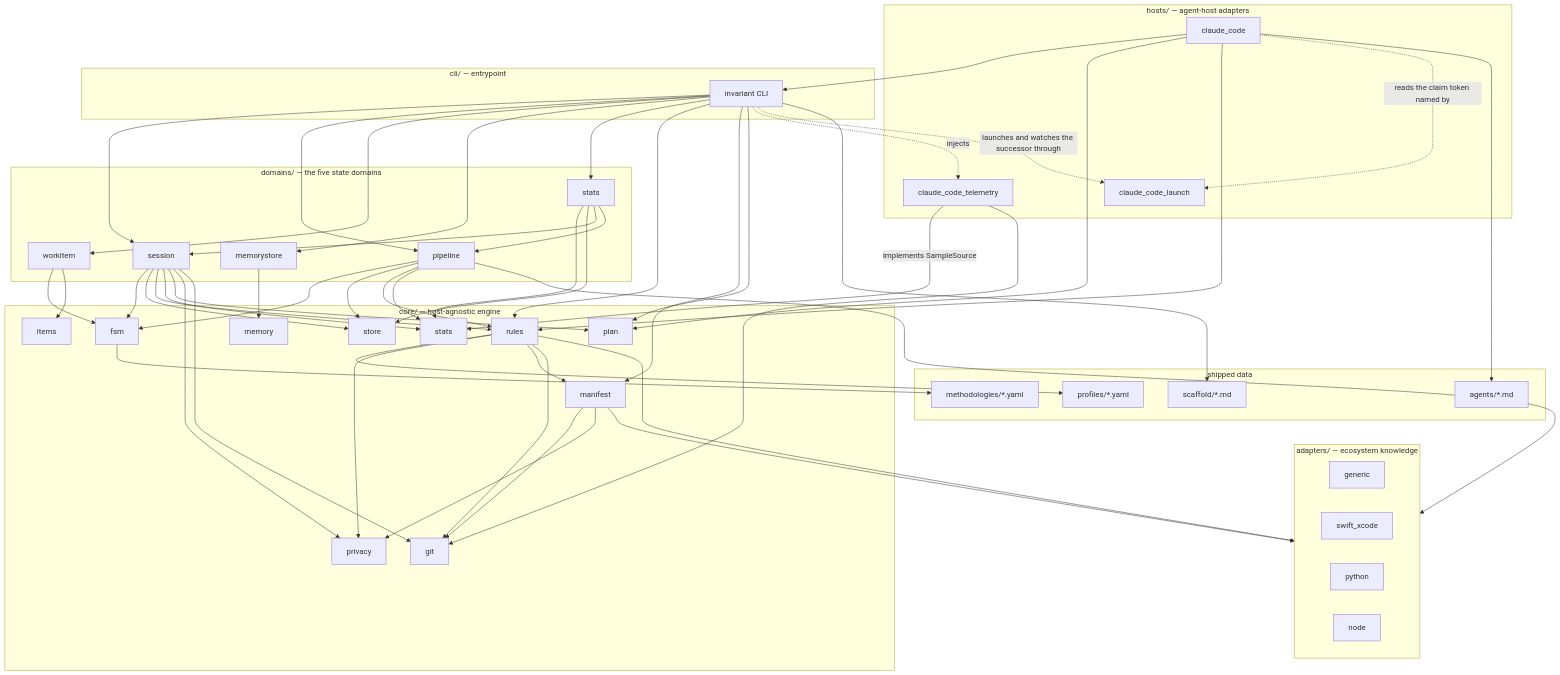
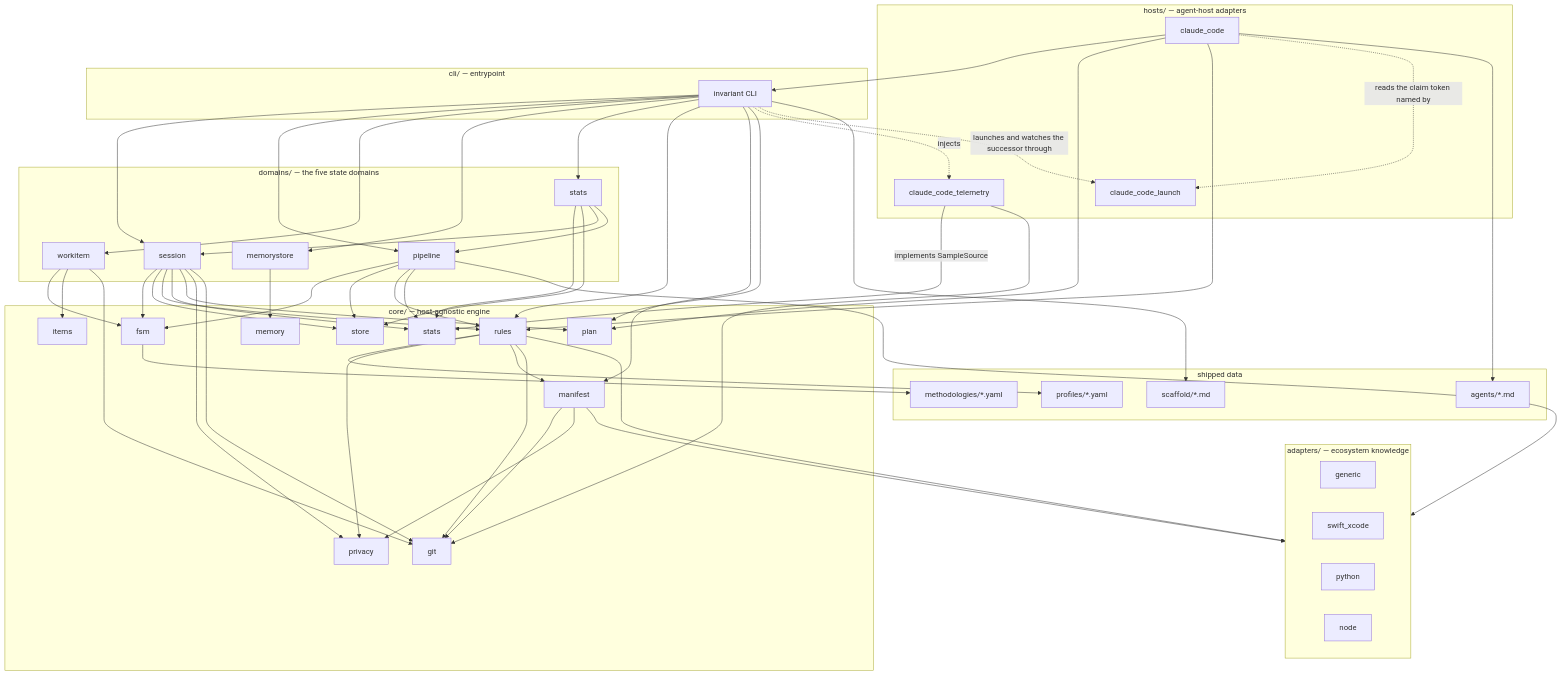
Before and after one commit to Mindchallenges/Invariant: the first of 4 diagrams in docs/architecture/overview.md, drawn with Mermaid. The commit also changed other lines of this file and 9 other files, not shown here.

```diff
--- a/docs/architecture/overview.md
+++ b/docs/architecture/overview.md
@@ -97,6 +97,7 @@
     RULES --> adapters
     RULES --> GIT
     SESSION --> GIT
+    WORKITEM --> GIT
     MANIFEST --> GIT
     CCTEL --> GIT
     MANIFEST --> PRIVACY
```
